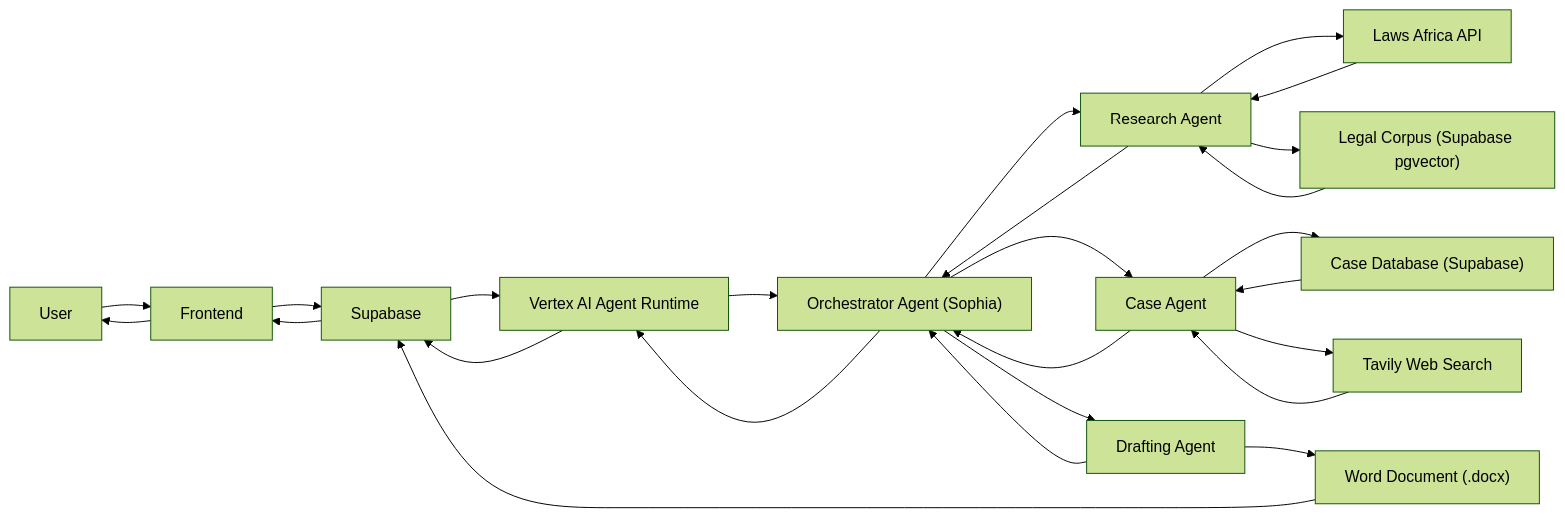
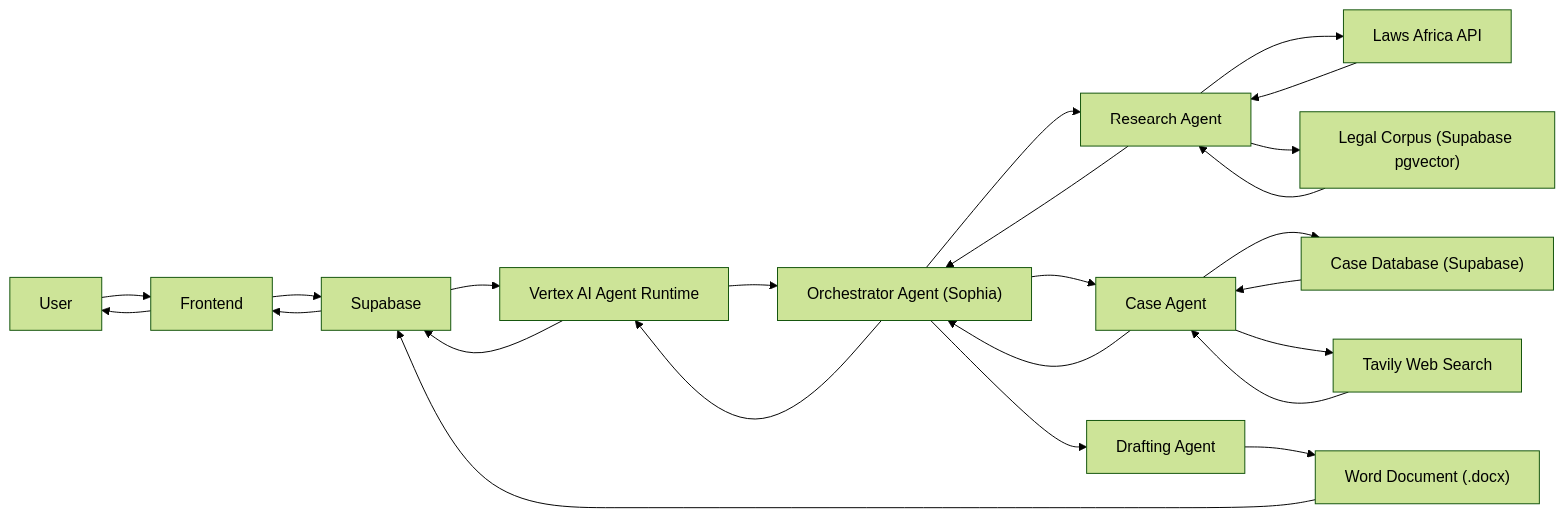
Before and after one commit to domusdeiug/paralegal-sophia: the diagram in public/docs/architecture.md, drawn with Mermaid (forest theme).

Commit message:
Update architecture.md to exclude DraftingAgent
Removed DraftingAgent from the architecture diagram.

````diff
--- a/public/docs/architecture.md
+++ b/public/docs/architecture.md
@@ -1,35 +1,34 @@
 ```mermaid
 flowchart LR
     User[User] --> Frontend[Frontend]
     Frontend --> Supabase[Supabase]
 
     Supabase --> VertexAI["Vertex AI Agent Runtime"]
 
     VertexAI --> Orchestrator["Orchestrator Agent (Sophia)"]
 
     Orchestrator --> ResearchAgent["Research Agent"]
     Orchestrator --> CaseAgent["Case Agent"]
     Orchestrator --> DraftingAgent["Drafting Agent"]
 
     ResearchAgent --> LawsAfrica["Laws Africa API"]
     LawsAfrica["Laws Africa API"] --> ResearchAgent
     ResearchAgent --> Corpus["Legal Corpus (Supabase pgvector)"]
     Corpus["Legal Corpus (Supabase pgvector)"] --> ResearchAgent
 
     CaseAgent --> CaseDB["Case Database (Supabase)"]
     CaseDB["Case Database (Supabase)"] --> CaseAgent
     CaseAgent --> Tavily["Tavily Web Search"]
     Tavily["Tavily Web Search"] --> CaseAgent
 
     DraftingAgent --> DocX["Word Document (.docx)"]
     DocX["Word Document (.docx)"] --> Supabase
 
     ResearchAgent --> Orchestrator
     CaseAgent --> Orchestrator
-    DraftingAgent --> Orchestrator
 
     Orchestrator --> VertexAI
     VertexAI --> Supabase
     Supabase --> Frontend
     Frontend --> User
 ```
````
